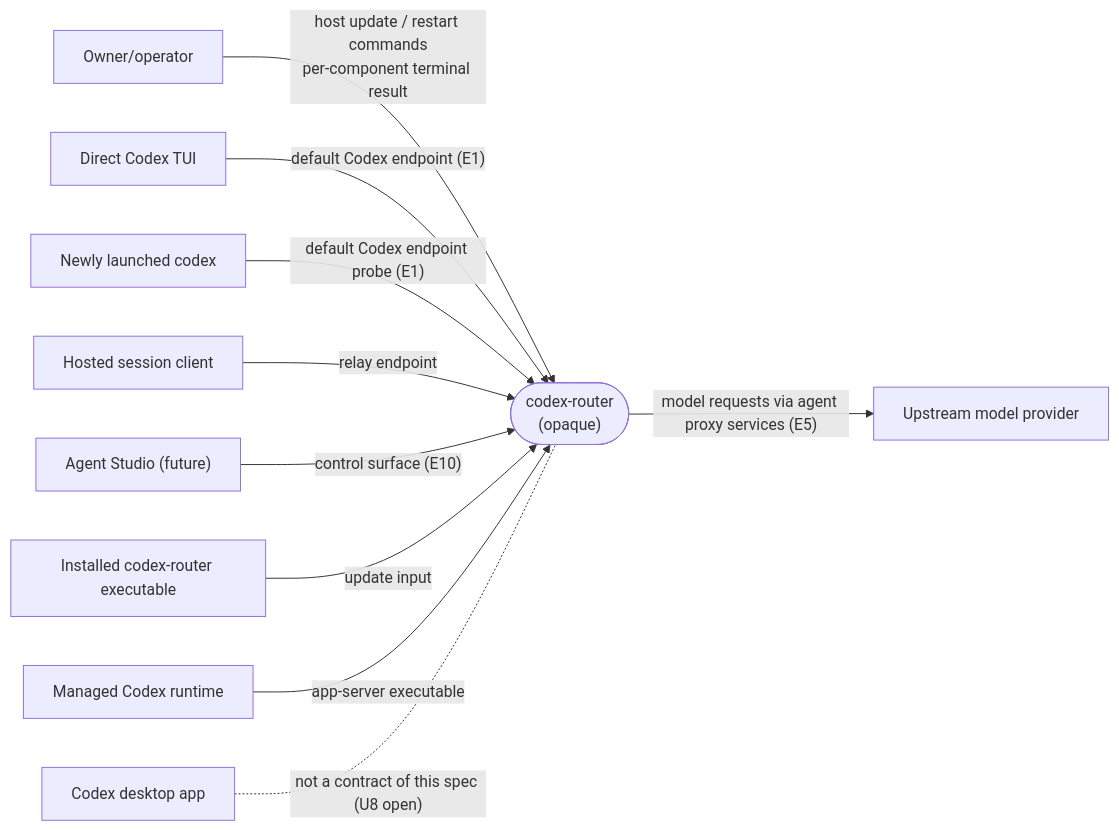
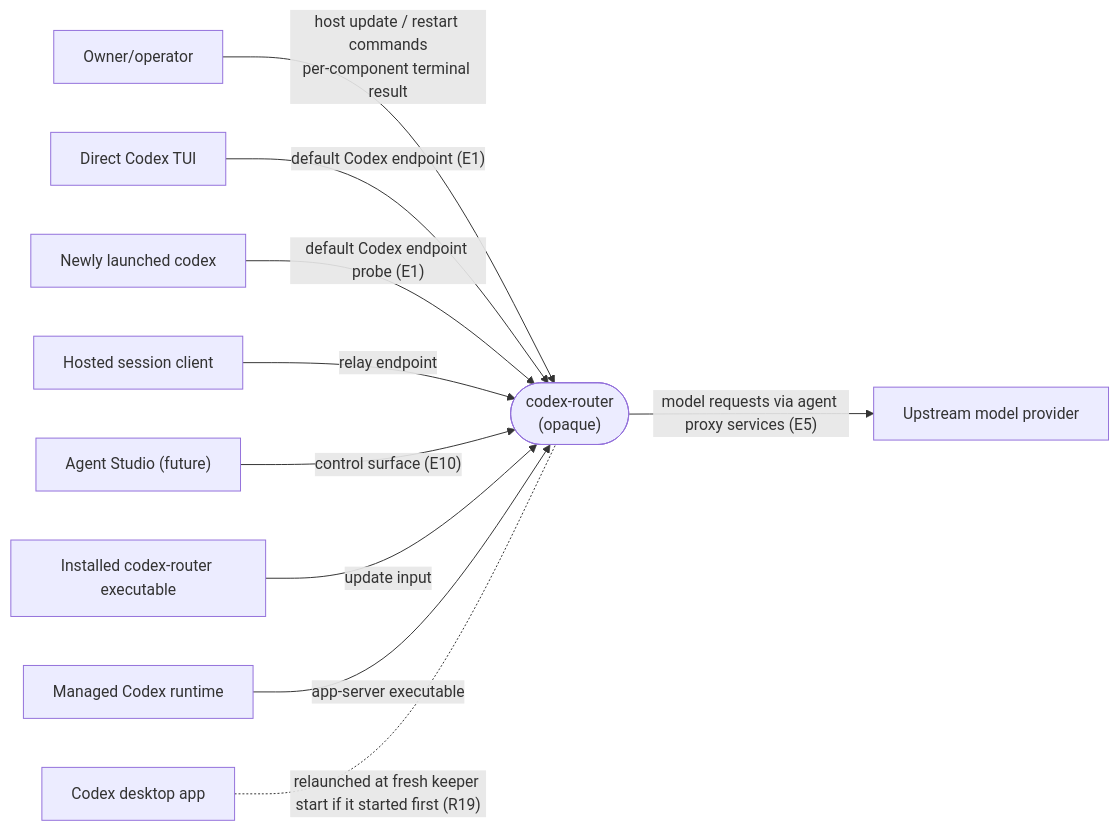
One commit to ShravanSunder/codex-router changed the first of 2 diagrams in docs/specs/2026-09-26-host-controller/specification.md. Above: the diagram before and after it, drawn with Mermaid. The commit also changed other lines of this file and 1 other file, not shown here.

````diff
--- a/docs/specs/2026-09-26-host-controller/specification.md
+++ b/docs/specs/2026-09-26-host-controller/specification.md
@@ -10,12 +10,12 @@
 ```mermaid
 flowchart LR
   op["Owner/operator"] -- "host update / restart commands<br/>per-component terminal result" --> sys
   tui["Direct Codex TUI"] -- "default Codex endpoint (E1)" --> sys
   new["Newly launched codex"] -- "default Codex endpoint probe (E1)" --> sys
   hosted["Hosted session client"] -- "relay endpoint" --> sys
   studio["Agent Studio (future)"] -- "control surface (E10)" --> sys
   sys(["codex-router<br/>(opaque)"]) -- "model requests via agent proxy services (E5)" --> up["Upstream model provider"]
   exe["Installed codex-router executable"] -- "update input" --> sys
   codex["Managed Codex runtime"] -- "app-server executable" --> sys
-  desk["Codex desktop app"] -. "not a contract of this spec (U8 open)" .- sys
+  desk["Codex desktop app"] -. "relaunched at fresh keeper start if it started first (R19)" .- sys
 ```
````
